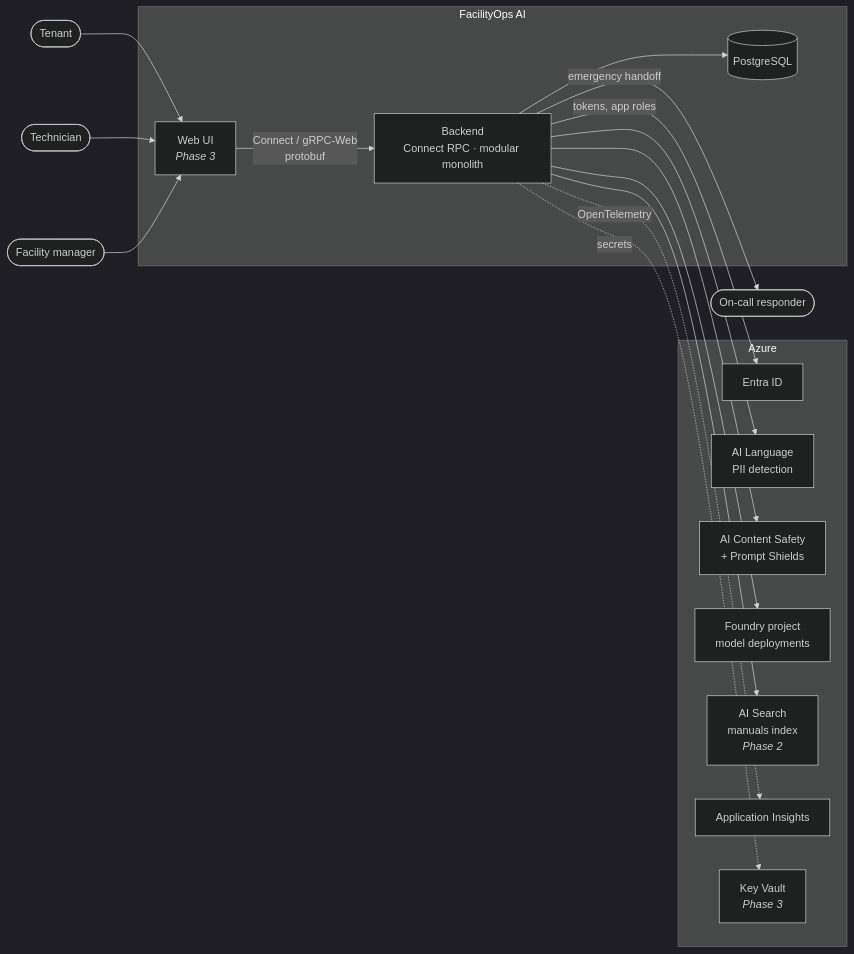
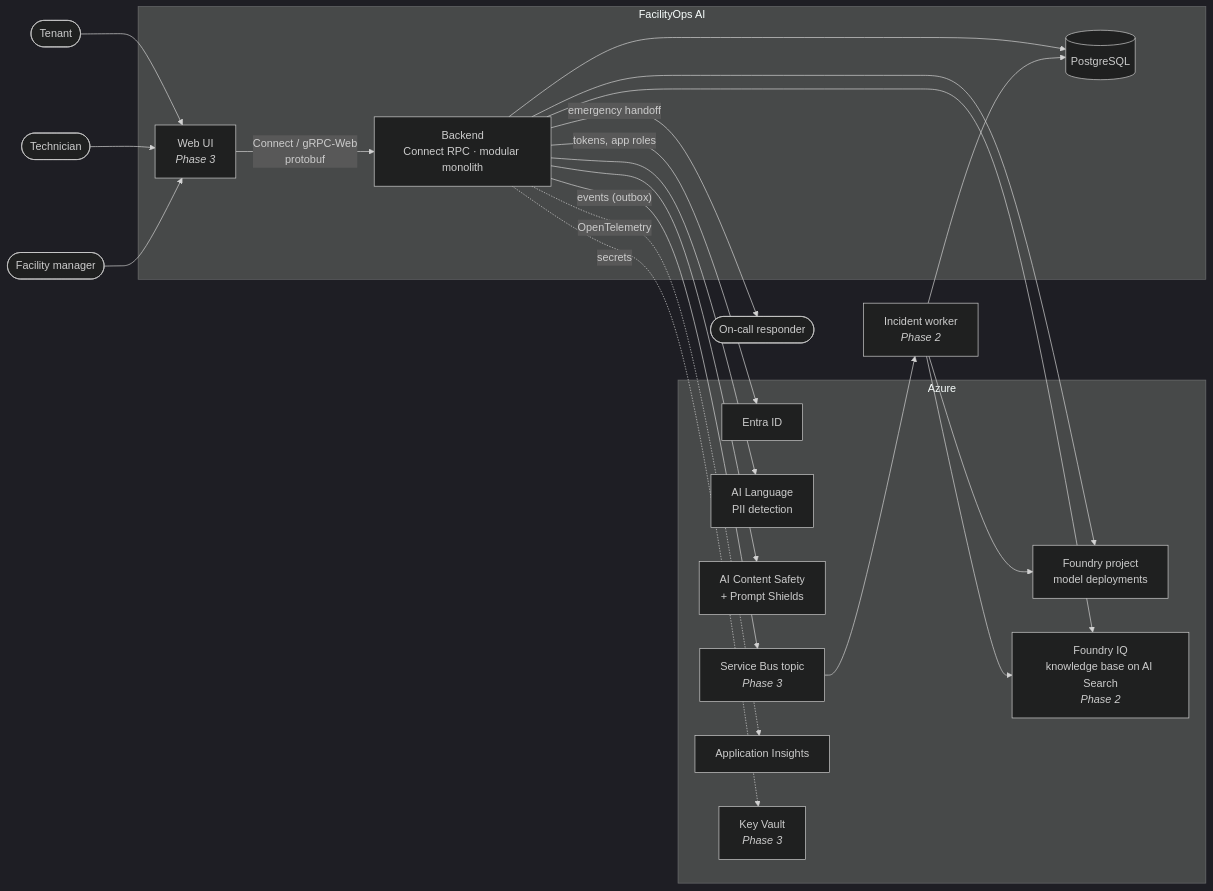
One commit to wasif1024/facilityops changed the first of 19 diagrams in docs/architecture.md. Above: the diagram before and after it, drawn with Mermaid (dark theme). The commit also changed other lines of this file and 28 other files, not shown here.

````diff
--- a/docs/architecture.md
+++ b/docs/architecture.md
@@ -23,32 +23,39 @@
 ```mermaid
 flowchart LR
     tenant(["Tenant"])
     tech(["Technician"])
     fm(["Facility manager"])
     oncall(["On-call responder"])
 
     subgraph app["FacilityOps AI"]
         ui["Web UI<br/><i>Phase 3</i>"]
         api["Backend<br/>Connect RPC · modular monolith"]
         db[("PostgreSQL")]
     end
 
     subgraph azure["Azure"]
         entra["Entra ID"]
         lang["AI Language<br/>PII detection"]
         cs["AI Content Safety<br/>+ Prompt Shields"]
         foundry["Foundry project<br/>model deployments"]
-        search["AI Search<br/>manuals index<br/><i>Phase 2</i>"]
+        search["Foundry IQ<br/>knowledge base on AI Search<br/><i>Phase 2</i>"]
+        sb["Service Bus topic<br/><i>Phase 3</i>"]
         appi["Application Insights"]
         kv["Key Vault<br/><i>Phase 3</i>"]
     end
 
+    worker["Incident worker<br/><i>Phase 2</i>"]
+
     tenant & tech & fm --> ui
     ui -- "Connect / gRPC-Web<br/>protobuf" --> api
     api --> db
+    api -- "events (outbox)" --> sb
+    sb --> worker
+    worker --> db
+    worker --> foundry & search
     api -- "tokens, app roles" --> entra
     api --> lang & cs & foundry & search
     api -. "OpenTelemetry" .-> appi
     api -. "secrets" .-> kv
     api -- "emergency handoff" --> oncall
 ```
````
